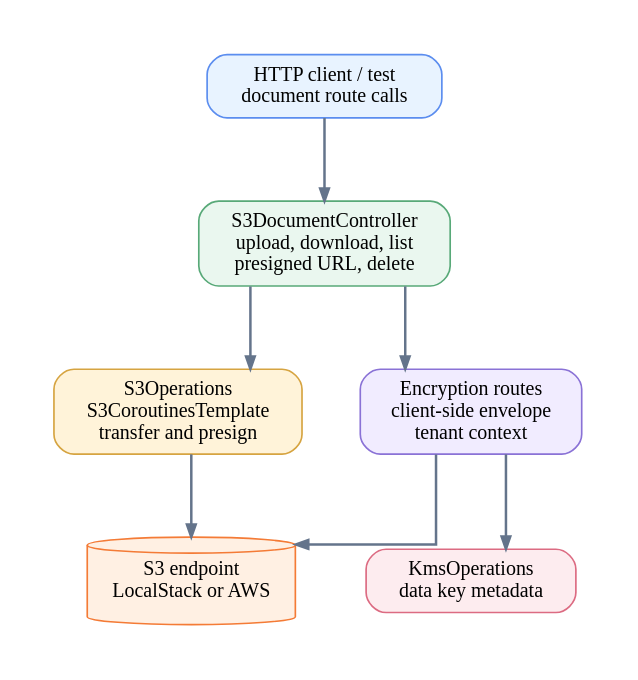
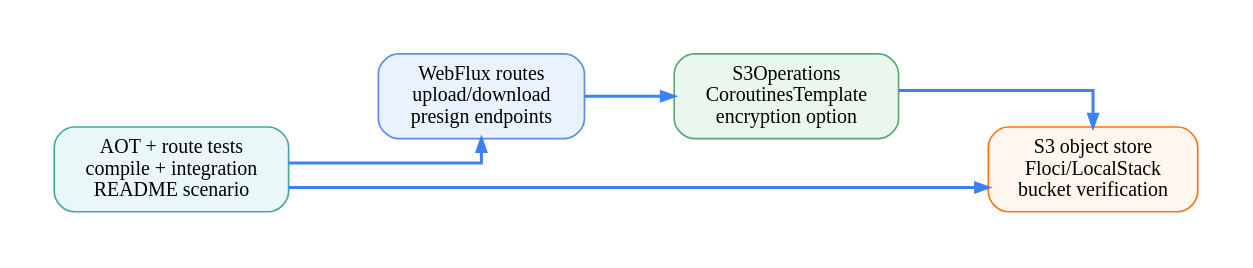
The diagram in docs/images/readme-diagrams/examples-aws-spring-boot-s3-examples-architecture-01.dot (bluetape4k/bluetape4k-aws), drawn with Graphviz before and after one commit. The commit also changed 305 other files, not shown here.

First line of the commit message:
docs: rebuild README diagrams from source evidence

```diff
--- a/docs/images/readme-diagrams/examples-aws-spring-boot-s3-examples-architecture-01.dot
+++ b/docs/images/readme-diagrams/examples-aws-spring-boot-s3-examples-architecture-01.dot
@@ -1,17 +1,13 @@
-digraph examples_aws_spring_boot_s3_examples_architecture_01 {
-  graph [rankdir=TB, bgcolor="#ffffff", pad=0.35, nodesep=0.48, ranksep=0.70, splines=ortho]
+digraph G {
+  graph [rankdir=LR, bgcolor="#ffffff", pad=0.35, nodesep=0.55, ranksep=0.75, splines=ortho]
   node [shape=box, style="rounded,filled", fontname="Architects Daughter", fontsize=12, margin="0.14,0.09", color="#94a3b8", fillcolor="#f8fafc"]
-  edge [fontname="Comic Mono", fontsize=10, color="#64748b", penwidth=1.5, arrowsize=0.75]
-  client [label="HTTP client / test\ndocument route calls", fillcolor="#E8F3FF", color="#5B8DEF"]
-  controller [label="S3DocumentController\nupload, download, list\npresigned URL, delete", fillcolor="#EAF7EF", color="#58A978"]
-  ops [label="S3Operations\nS3CoroutinesTemplate\ntransfer and presign", fillcolor="#FFF3D9", color="#D6A441"]
-  encrypt [label="Encryption routes\nclient-side envelope\ntenant context", fillcolor="#F1ECFF", color="#8A72D6"]
-  kms [label="KmsOperations\ndata key metadata", fillcolor="#FDECEF", color="#DC6B82"]
-  s3 [label="S3 endpoint\nLocalStack or AWS", fillcolor="#FFF0E3", color="#F47B36", shape=cylinder]
-  client -> controller
-  controller -> ops
-  controller -> encrypt
-  encrypt -> kms
-  ops -> s3
-  encrypt -> s3
+  edge [fontname="Comic Mono", fontsize=10, penwidth=1.8, arrowsize=0.75, color="#3B82F6"]
+  route [label="WebFlux routes\nupload/download\npresign endpoints", fillcolor="#E8F3FF", color="#5B8DEF"]
+  module [label="S3Operations\nCoroutinesTemplate\nencryption option", fillcolor="#EAF7EF", color="#58A978"]
+  service [label="S3 object store\nFloci/LocalStack\nbucket verification", fillcolor="#FFF7ED", color="#F97316"]
+  tests [label="AOT + route tests\ncompile + integration\nREADME scenario", fillcolor="#E9F7F6", color="#45A7A1"]
+  route -> module
+  module -> service
+  tests -> route
+  tests -> service
 }
```
